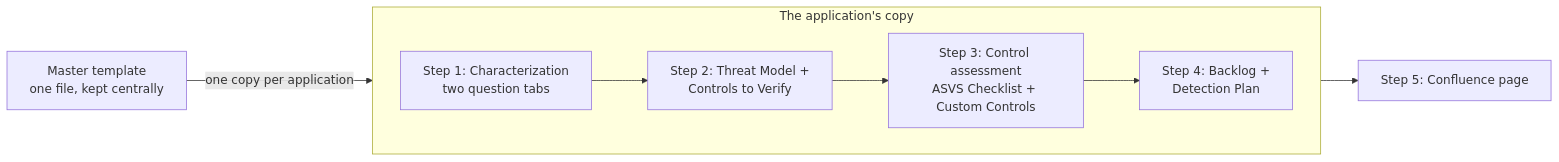
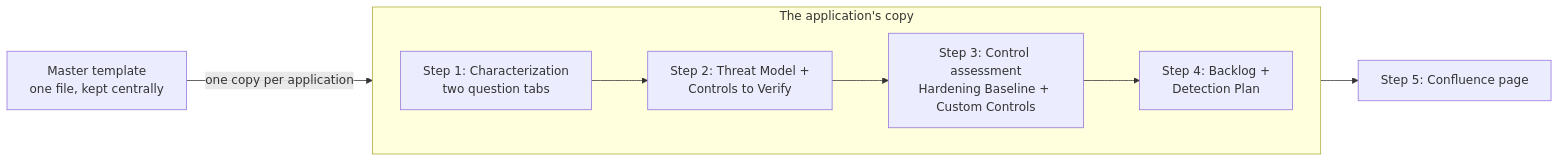
Before and after one commit to Zzanoni/app-hardening-baseline: the diagram in README.md, drawn with Mermaid. The commit also changed other lines of this file and 8 other files, not shown here.

First line of the commit message:
Consolidate the hardening checklist into 59 ASVS-traced controls (template v4.0.0)

````diff
--- a/README.md
+++ b/README.md
@@ -39,11 +41,11 @@
 ```mermaid
 flowchart LR
   M[Master template<br/>one file, kept centrally] -->|one copy per application| C
   subgraph C[The application's copy]
     direction LR
     A[Step 1: Characterization<br/>two question tabs] --> T[Step 2: Threat Model +<br/>Controls to Verify]
-    T --> H[Step 3: Control assessment<br/>ASVS Checklist + Custom Controls]
+    T --> H[Step 3: Control assessment<br/>Hardening Baseline + Custom Controls]
     H --> B[Step 4: Backlog +<br/>Detection Plan]
   end
   C --> P[Step 5: Confluence page]
 ```
````
